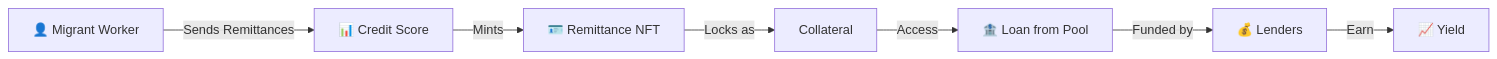
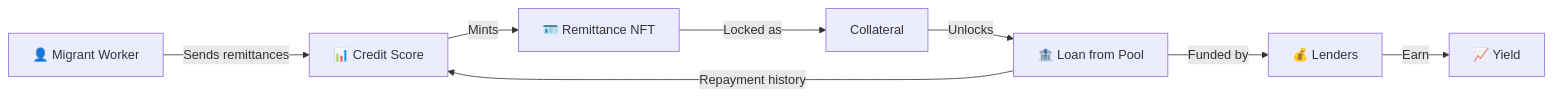
The first of 2 diagrams in README.md (Ziza-Inc/ZizaLend), drawn with Mermaid before and after one commit. The commit also changed other lines of this file, not shown here.

````diff
--- a/README.md
+++ b/README.md
@@ -74,9 +88,10 @@
 ```mermaid
 flowchart LR
-    B["👤 Migrant Worker"] -->|"Sends Remittances"| R["📊 Credit Score"]
+    B["👤 Migrant Worker"] -->|"Sends remittances"| R["📊 Credit Score"]
     R -->|"Mints"| N["🪪 Remittance NFT"]
-    N -->|"Locks as"| C["Collateral"]
-    C -->|"Access"| L["🏦 Loan from Pool"]
+    N -->|"Locked as"| C["Collateral"]
+    C -->|"Unlocks"| L["🏦 Loan from Pool"]
     L -->|"Funded by"| P["💰 Lenders"]
     P -->|"Earn"| Y["📈 Yield"]
+    L -->|"Repayment history"| R
 ```
````
